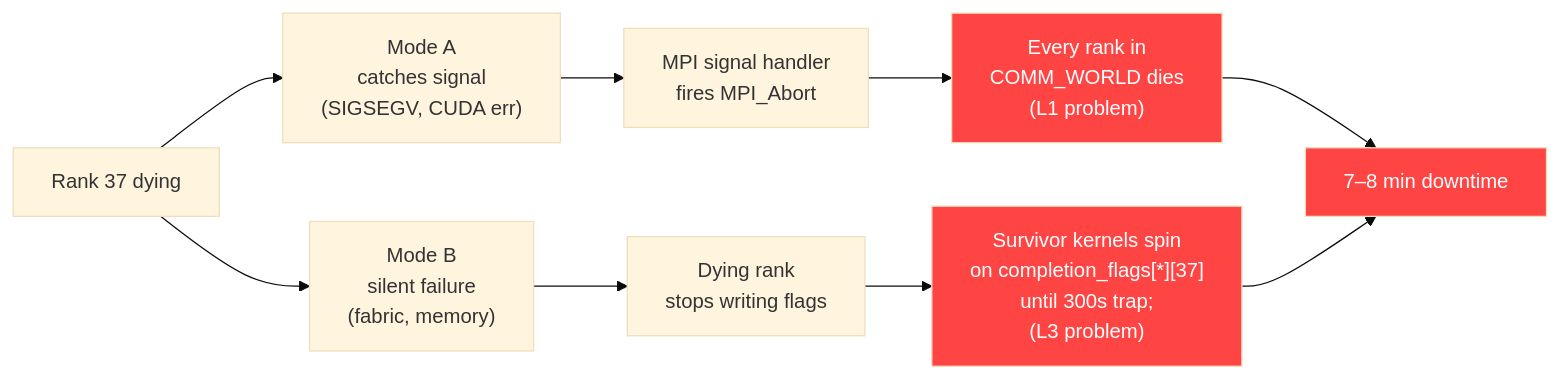
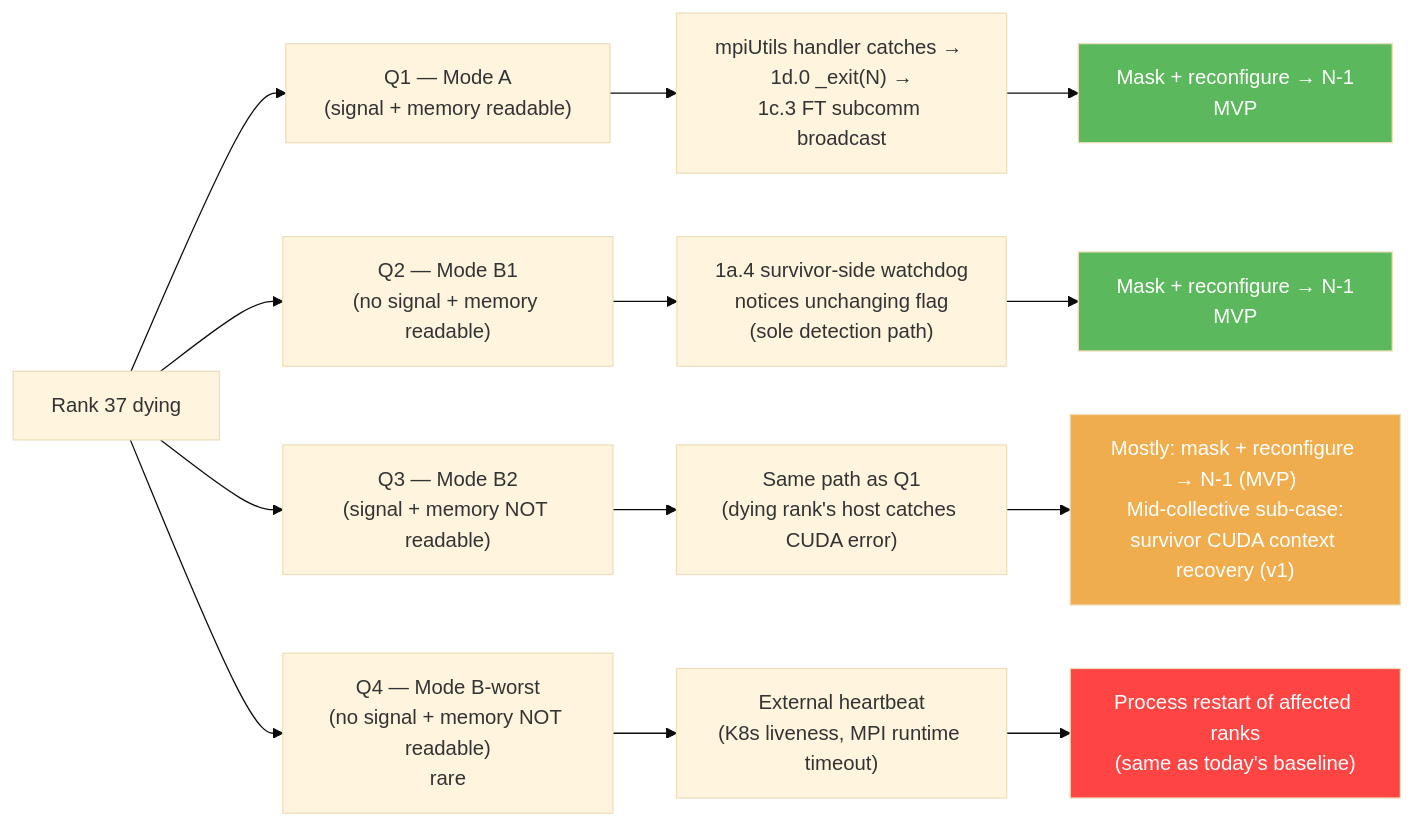
One commit to chienchunhung/TensorRT-LLM changed the diagram in docs/design/wide-ep-fault-tolerance/03-failure-modes-and-gaps.md. Above: the diagram before and after it, drawn with Mermaid (base theme). The commit also changed other lines of this file, not shown here.

````diff
--- a/docs/design/wide-ep-fault-tolerance/03-failure-modes-and-gaps.md
+++ b/docs/design/wide-ep-fault-tolerance/03-failure-modes-and-gaps.md
@@ -65,22 +114,26 @@
 ```mermaid
 graph LR
     Dying["Rank 37 dying"]
-    ModeA["Mode A<br/>catches signal<br/>(SIGSEGV, CUDA err)"]
-    ModeB["Mode B<br/>silent failure<br/>(fabric, memory)"]
 
-    Dying --> ModeA
-    Dying --> ModeB
+    Dying --> Q1["Q1 — Mode A<br/>(signal + memory readable)"]
+    Dying --> Q2["Q2 — Mode B1<br/>(no signal + memory readable)"]
+    Dying --> Q3["Q3 — Mode B2<br/>(signal + memory NOT readable)"]
+    Dying --> Q4["Q4 — Mode B-worst<br/>(no signal + memory NOT readable)<br/>rare"]
 
-    ModeA --> HandlerFires["MPI signal handler<br/>fires MPI_Abort"]
-    HandlerFires --> AllDie["Every rank in<br/>COMM_WORLD dies<br/>(L1 problem)"]
+    Q1 --> Q1Detect["mpiUtils handler catches → 1d.0 _exit(N) →<br/>1c.3 FT subcomm broadcast"]
+    Q2 --> Q2Detect["1a.4 survivor-side watchdog<br/>notices unchanging flag<br/>(sole detection path)"]
+    Q3 --> Q3Detect["Same path as Q1<br/>(dying rank's host catches CUDA error)"]
+    Q4 --> Q4Detect["External heartbeat<br/>(K8s liveness, MPI runtime timeout)"]
 
-    ModeB --> SilentExit["Dying rank<br/>stops writing flags"]
-    SilentExit --> SurvivorsSpinl["Survivor kernels spin<br/>on completion_flags[*][37]<br/>until 300s trap;<br/>(L3 problem)"]
+    Q1Detect --> Q1R["Mask + reconfigure → N-1<br/>MVP"]
+    Q2Detect --> Q2R["Mask + reconfigure → N-1<br/>MVP"]
 
-    AllDie --> Downtime["7–8 min downtime"]
-    SurvivorsSpinl --> Downtime
+    Q3Detect --> Q3R["Mostly: mask + reconfigure → N-1 (MVP)<br/>Mid-collective sub-case:<br/>survivor CUDA context recovery (v1)"]
 
-    style AllDie fill:#ff4444,color:#fff
-    style SurvivorsSpinl fill:#ff4444,color:#fff
-    style Downtime fill:#ff4444,color:#fff
+    Q4Detect --> Q4R["Process restart of affected ranks<br/>(same as today's baseline)"]
+
+    style Q1R fill:#5cb85c,color:#fff
+    style Q2R fill:#5cb85c,color:#fff
+    style Q3R fill:#f0ad4e,color:#fff
+    style Q4R fill:#ff4444,color:#fff
 ```
````
